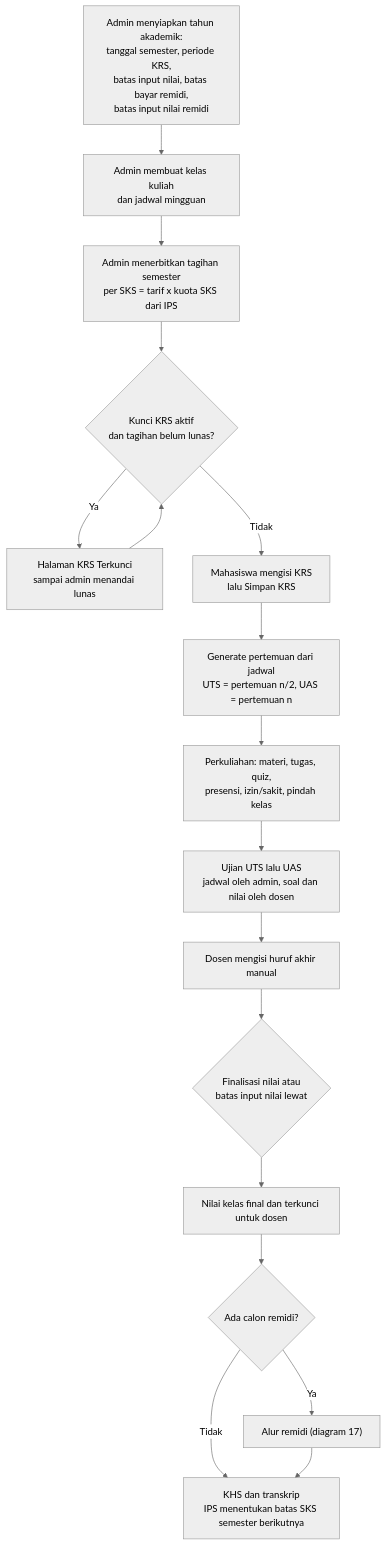
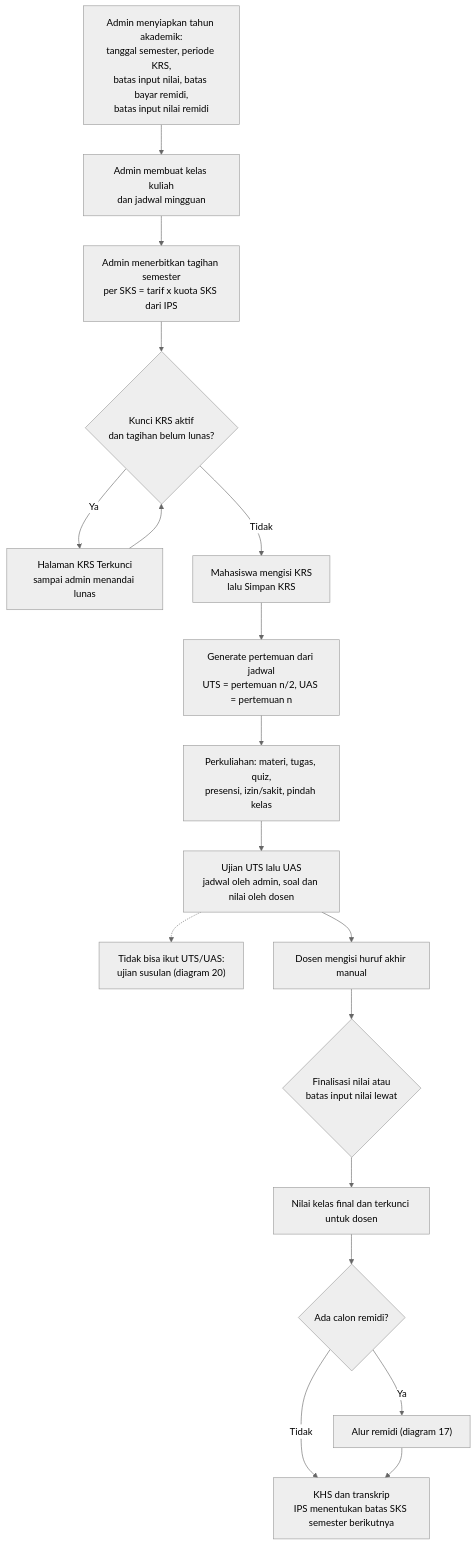
Before and after one commit to Velocity-Developer/sia-vd: the second of 24 diagrams in docs/system-flowchart.md, drawn with Mermaid (neutral theme). The commit also changed other lines of this file and 3 other files, not shown here.

Commit message:
docs: alur & flowchart ujian susulan

````diff
--- a/docs/system-flowchart.md
+++ b/docs/system-flowchart.md
@@ -99,19 +102,20 @@
 ```mermaid
 flowchart TD
     A["Admin menyiapkan tahun akademik:<br/>tanggal semester, periode KRS,<br/>batas input nilai, batas bayar remidi,<br/>batas input nilai remidi"] --> B["Admin membuat kelas kuliah<br/>dan jadwal mingguan"]
     B --> C["Admin menerbitkan tagihan semester<br/>per SKS = tarif x kuota SKS dari IPS"]
     C --> D{"Kunci KRS aktif<br/>dan tagihan belum lunas?"}
     D -- Ya --> E["Halaman KRS Terkunci<br/>sampai admin menandai lunas"]
     E --> D
     D -- Tidak --> F["Mahasiswa mengisi KRS<br/>lalu Simpan KRS"]
     F --> G["Generate pertemuan dari jadwal<br/>UTS = pertemuan n/2, UAS = pertemuan n"]
     G --> H["Perkuliahan: materi, tugas, quiz,<br/>presensi, izin/sakit, pindah kelas"]
     H --> I["Ujian UTS lalu UAS<br/>jadwal oleh admin, soal dan nilai oleh dosen"]
+    I -.-> SUS["Tidak bisa ikut UTS/UAS:<br/>ujian susulan (diagram 20)"]
     I --> J["Dosen mengisi huruf akhir manual"]
     J --> K{"Finalisasi nilai atau<br/>batas input nilai lewat"}
     K --> L["Nilai kelas final dan terkunci untuk dosen"]
     L --> M{"Ada calon remidi?"}
     M -- Tidak --> Z["KHS dan transkrip<br/>IPS menentukan batas SKS semester berikutnya"]
     M -- Ya --> N["Alur remidi (diagram 17)"]
     N --> Z
 ```
````
